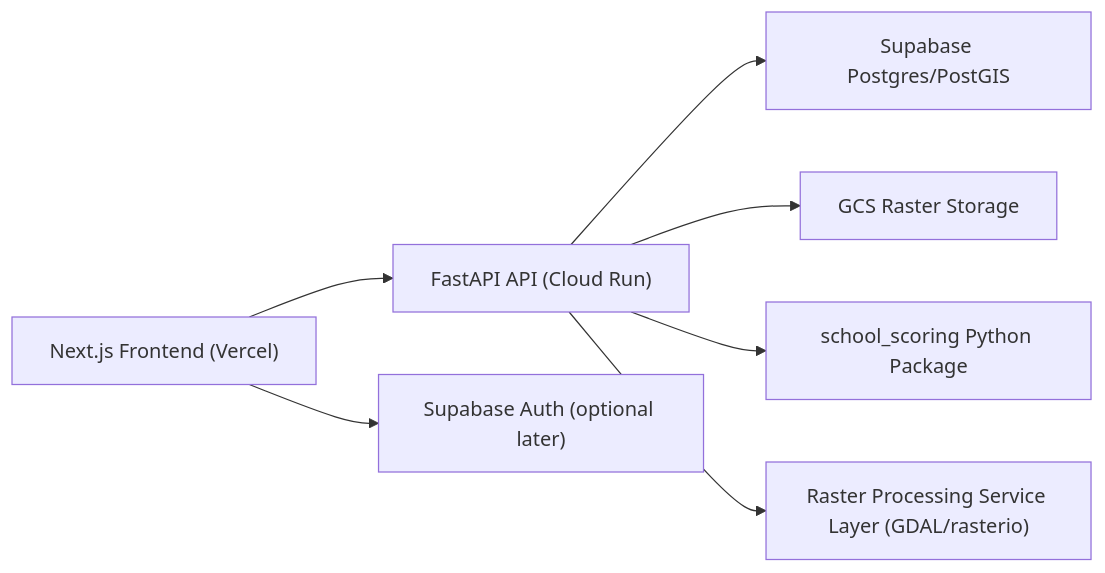
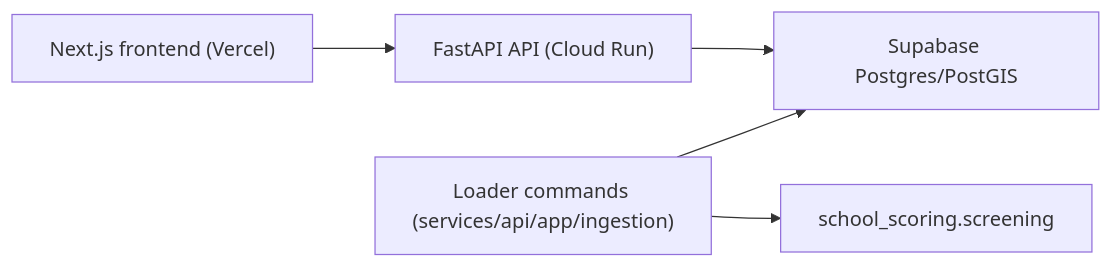
One commit to sonleh96/adb-school-optimize changed the diagram in docs/architecture.md. Above: the diagram before and after it, drawn with Mermaid. The commit also changed other lines of this file and 14 other files, not shown here.

First line of the commit message:
Update the docs and config to the screening-only app, and drop the two docs about the removed screens

````diff
--- a/docs/architecture.md
+++ b/docs/architecture.md
@@ -28,9 +12,7 @@
 ```mermaid
 flowchart LR
-    A["Next.js Frontend (Vercel)"] --> B["FastAPI API (Cloud Run)"]
-    A --> C["Supabase Auth (optional later)"]
+    A["Next.js frontend (Vercel)"] --> B["FastAPI API (Cloud Run)"]
     B --> D["Supabase Postgres/PostGIS"]
-    B --> E["GCS Raster Storage"]
-    B --> F["school_scoring Python Package"]
-    B --> G["Raster Processing Service Layer (GDAL/rasterio)"]
+    L["Loader commands (services/api/app/ingestion)"] --> F["school_scoring.screening"]
+    L --> D
 ```
````
